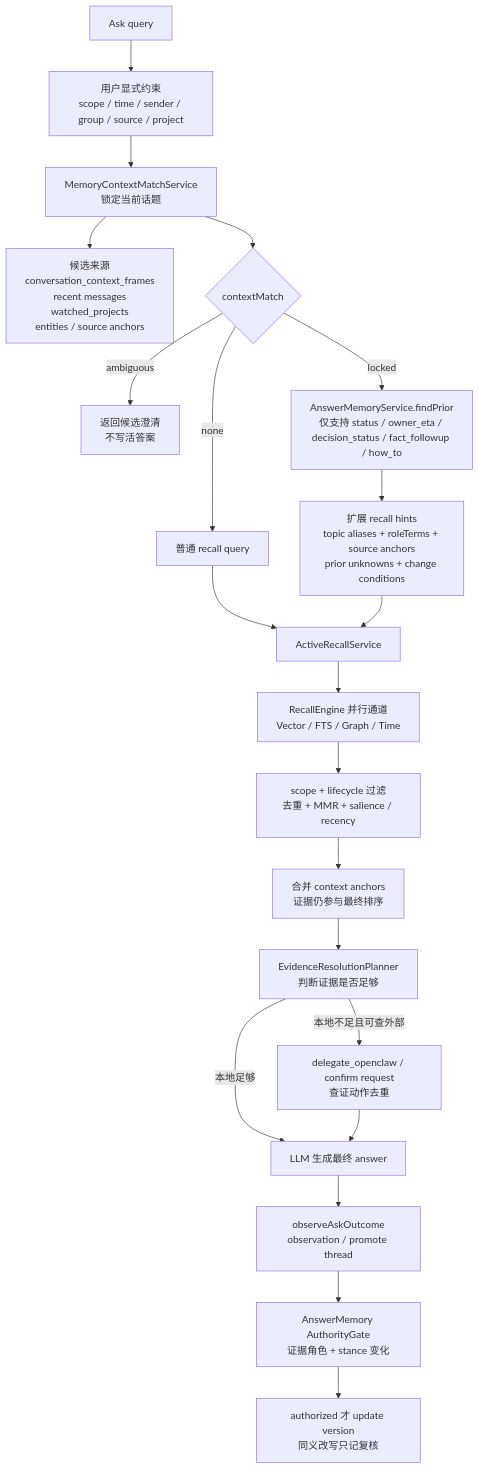
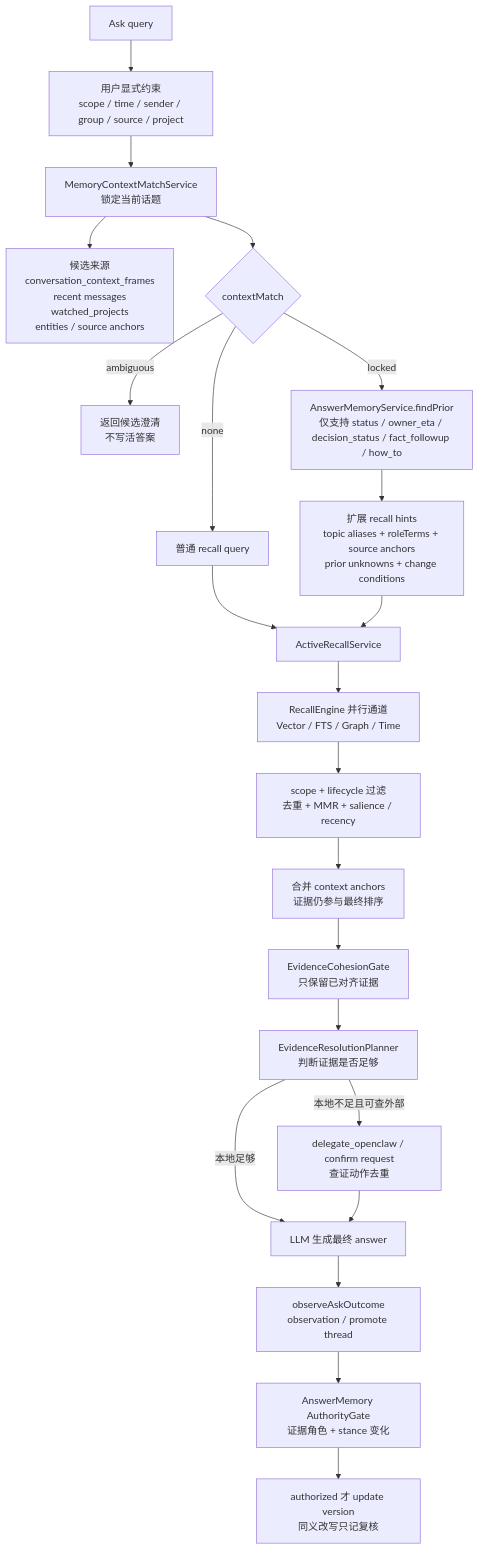
Before and after one commit to ee01/Personal-AI: the first of 2 diagrams in docs/features/ask.md, drawn with Mermaid. The commit also changed other lines of this file and 426 other files, not shown here.

````diff
--- a/docs/features/ask.md
+++ b/docs/features/ask.md
@@ -66,27 +109,28 @@
 ```mermaid
 flowchart TD
     A["Ask query"] --> B["用户显式约束<br/>scope / time / sender / group / source / project"]
     B --> C["MemoryContextMatchService<br/>锁定当前话题"]
     C --> C1["候选来源<br/>conversation_context_frames<br/>recent messages<br/>watched_projects<br/>entities / source anchors"]
     C --> D{"contextMatch"}
 
     D -->|ambiguous| E["返回候选澄清<br/>不写活答案"]
     D -->|none| F["普通 recall query"]
     D -->|locked| G["AnswerMemoryService.findPrior<br/>仅支持 status / owner_eta / decision_status / fact_followup / how_to"]
 
     G --> H["扩展 recall hints<br/>topic aliases + roleTerms + source anchors<br/>prior unknowns + change conditions"]
     F --> I["ActiveRecallService"]
     H --> I
 
     I --> J["RecallEngine 并行通道<br/>Vector / FTS / Graph / Time"]
     J --> K["scope + lifecycle 过滤<br/>去重 + MMR + salience / recency"]
     K --> L["合并 context anchors<br/>证据仍参与最终排序"]
-    L --> M["EvidenceResolutionPlanner<br/>判断证据是否足够"]
+    L --> L1["EvidenceCohesionGate<br/>只保留已对齐证据"]
+    L1 --> M["EvidenceResolutionPlanner<br/>判断证据是否足够"]
 
     M -->|本地足够| N["LLM 生成最终 answer"]
     M -->|本地不足且可查外部| O["delegate_openclaw / confirm request<br/>查证动作去重"]
     O --> N
     N --> P["observeAskOutcome<br/>observation / promote thread"]
     P --> Q["AnswerMemory AuthorityGate<br/>证据角色 + stance 变化"]
     Q --> R["authorized 才 update version<br/>同义改写只记复核"]
 ```
````
